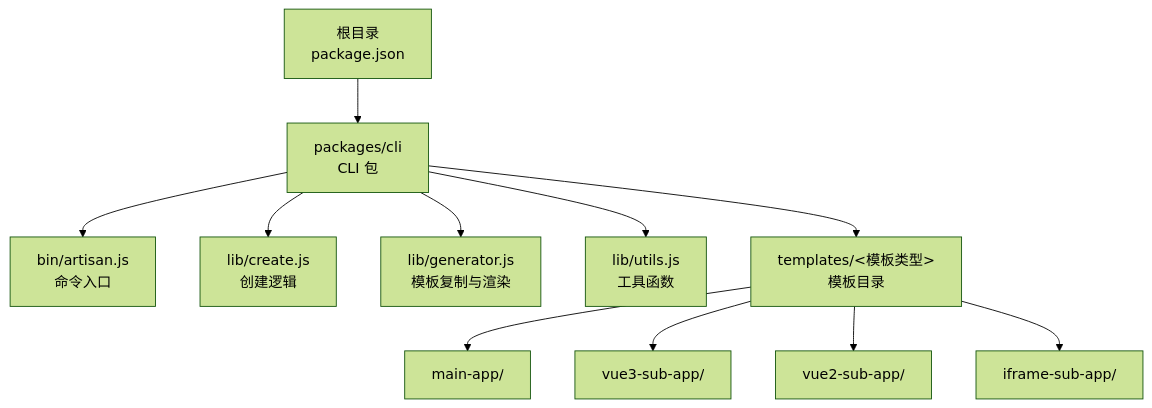
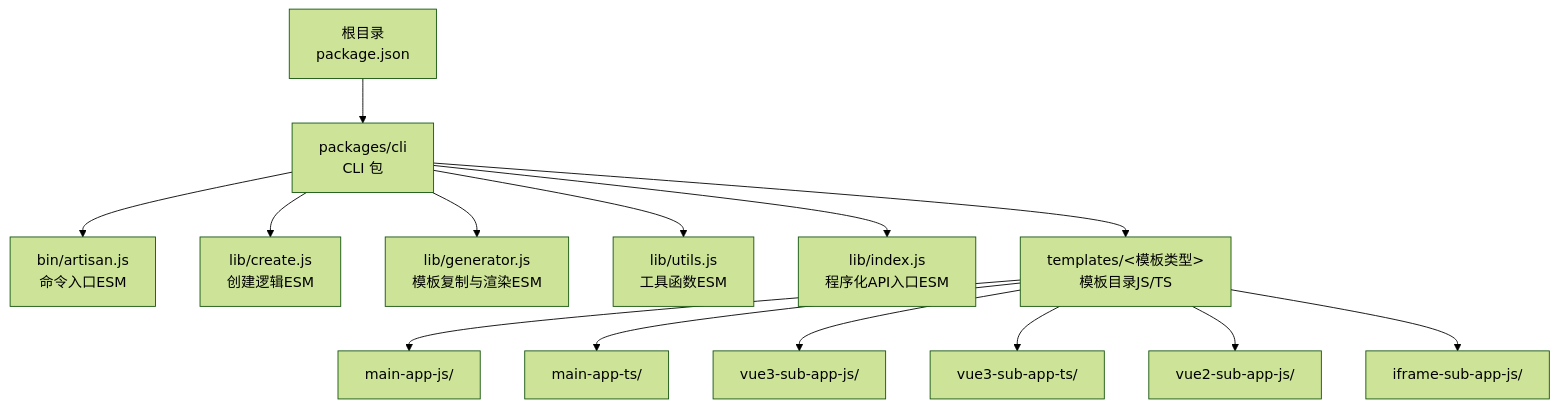
One commit to my-Sitara/artisan-base-frontend changed the first of 5 diagrams in .qoder/repowiki/zh/content/CLI工具链.md. Above: the diagram before and after it, drawn with Mermaid (forest theme). The commit also changed other lines of this file and 25 other files, not shown here.

````diff
--- a/.qoder/repowiki/zh/content/CLI工具链.md
+++ b/.qoder/repowiki/zh/content/CLI工具链.md
@@ -42,13 +48,16 @@
 ```mermaid
 graph TB
 A["根目录<br/>package.json"] --> B["packages/cli<br/>CLI 包"]
-B --> C["bin/artisan.js<br/>命令入口"]
-B --> D["lib/create.js<br/>创建逻辑"]
-B --> E["lib/generator.js<br/>模板复制与渲染"]
-B --> F["lib/utils.js<br/>工具函数"]
-B --> G["templates/<模板类型><br/>模板目录"]
-G --> G1["main-app/"]
-G --> G2["vue3-sub-app/"]
-G --> G3["vue2-sub-app/"]
-G --> G4["iframe-sub-app/"]
+B --> C["bin/artisan.js<br/>命令入口ESM"]
+B --> D["lib/create.js<br/>创建逻辑ESM"]
+B --> E["lib/generator.js<br/>模板复制与渲染ESM"]
+B --> F["lib/utils.js<br/>工具函数ESM"]
+B --> G["lib/index.js<br/>程序化API入口ESM"]
+B --> H["templates/<模板类型><br/>模板目录JS/TS"]
+H --> H1["main-app-js/"]
+H --> H2["main-app-ts/"]
+H --> H3["vue3-sub-app-js/"]
+H --> H4["vue3-sub-app-ts/"]
+H --> H5["vue2-sub-app-js/"]
+H --> H6["iframe-sub-app-js/"]
 ```
````
